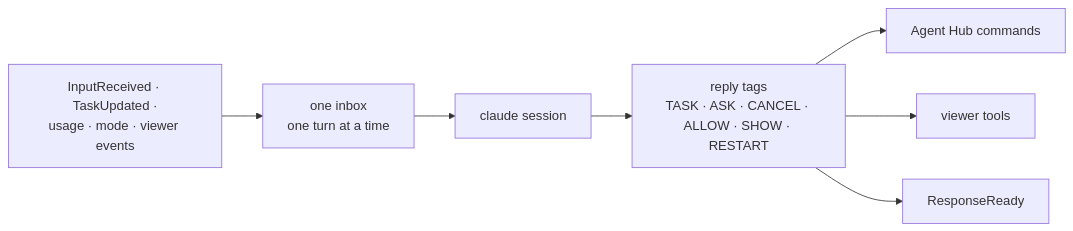
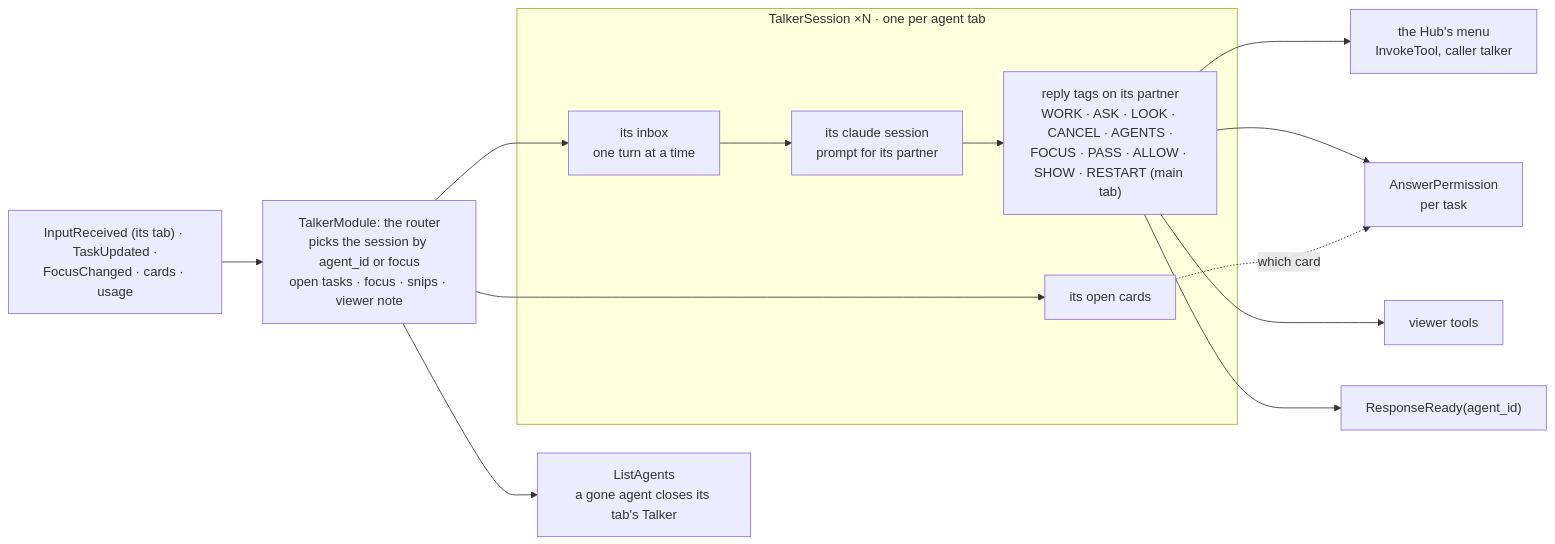
One commit to sharramon/AI_Assistant changed the diagram in docs/modules/talker.md. Above: the diagram before and after it, drawn with Mermaid. The commit also changed other lines of this file and 321 other files, not shown here.

````diff
--- a/docs/modules/talker.md
+++ b/docs/modules/talker.md
@@ -33,15 +33,25 @@
 ```mermaid
 flowchart LR
-    In["InputReceived · TaskUpdated ·<br/>usage · mode · viewer events"]
-    Inbox["one inbox<br/>one turn at a time"]
-    Claude["claude session"]
-    Tags["reply tags<br/>TASK · ASK · CANCEL · ALLOW · SHOW · RESTART"]
-    Hub["Agent Hub commands"]
+    In["InputReceived (its tab) · TaskUpdated ·<br/>FocusChanged · cards · usage"]
+    Router["TalkerModule: the router<br/>picks the session by agent_id or focus<br/>open tasks · focus · snips · viewer note"]
+    subgraph Sessions["TalkerSession ×N · one per agent tab"]
+        Inbox["its inbox<br/>one turn at a time"]
+        Claude["its claude session<br/>prompt for its partner"]
+        Tags["reply tags on its partner<br/>WORK · ASK · LOOK · CANCEL · AGENTS ·<br/>FOCUS · PASS · ALLOW · SHOW · RESTART (main tab)"]
+        Cards["its open cards"]
+    end
+    Hub["the Hub's menu<br/>InvokeTool, caller talker"]
+    Perm["AnswerPermission<br/>per task"]
     Viewer["viewer tools"]
-    Out["ResponseReady"]
+    Out["ResponseReady(agent_id)"]
+    Agents["ListAgents<br/>a gone agent closes its tab's Talker"]
 
-    In --> Inbox --> Claude --> Tags
+    In --> Router --> Inbox --> Claude --> Tags
+    Router --> Cards
     Tags --> Hub
+    Tags --> Perm
+    Cards -. "which card" .-> Perm
     Tags --> Viewer
     Tags --> Out
+    Router --> Agents
 ```
````
